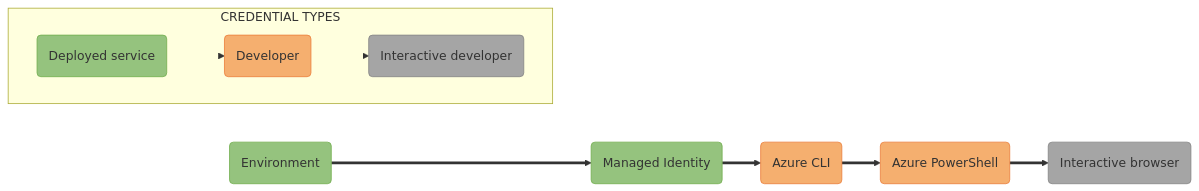
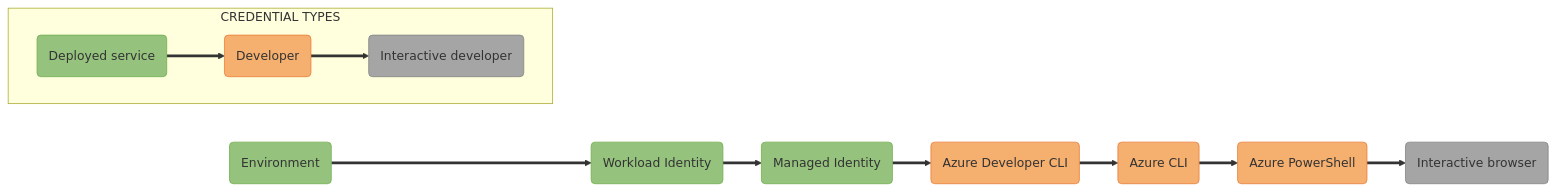
Before and after one commit to Azure/azure-sdk-for-python: the diagram in sdk/identity/azure-identity/images/mermaidjs/DefaultAzureCredentialAuthFlow.md, drawn with Mermaid. The commit also changed 9 other files, not shown here.

Commit message:
Added `WorkloadIdentityCredential`

````diff
--- a/sdk/identity/azure-identity/images/mermaidjs/DefaultAzureCredentialAuthFlow.md
+++ b/sdk/identity/azure-identity/images/mermaidjs/DefaultAzureCredentialAuthFlow.md
@@ -1,30 +1,28 @@
 ```mermaid
 %% STEPS TO GENERATE IMAGE
 %% =======================
 %% 1. Install mermaid CLI (see https://github.com/mermaid-js/mermaid-cli/blob/master/README.md)
 %% 2. Run command: mmdc -i DefaultAzureCredentialAuthFlow.md -o DefaultAzureCredentialAuthFlow.svg
 
 flowchart LR;
-    A(Environment):::deployed ==> B(Managed Identity):::deployed ==> C(Azure CLI):::developer ==> D(Azure PowerShell):::developer ==> E(Interactive browser):::interactive;
+    A(Environment):::deployed ==> B(Workload Identity):::deployed ==> C(Managed Identity):::deployed ==> D(Azure Developer CLI):::developer ==> E(Azure CLI):::developer ==> F(Azure PowerShell):::developer ==> G(Interactive browser):::interactive;
 
     subgraph CREDENTIAL TYPES;
         direction LR;
         Deployed(Deployed service):::deployed ==> Developer(Developer):::developer ==> Interactive(Interactive developer):::interactive;
 
         %% Hide links between boxes in the legend by setting width to 0. The integers after "linkStyle" represent link indices.
-        linkStyle 4 stroke-width:0px;
-        linkStyle 5 stroke-width:0px;
     end;
 
     %% Define styles for credential type boxes
     classDef deployed fill:#95C37E, stroke:#71AD4C;
     classDef developer fill:#F5AF6F, stroke:#EB7C39;
     classDef interactive fill:#A5A5A5, stroke:#828282;
 
     %% Add API ref links to credential type boxes
-    click A "https://docs.microsoft.com/python/api/azure-identity/azure.identity.environmentcredential?view=azure-python" _blank;
-    click B "https://docs.microsoft.com/python/api/azure-identity/azure.identity.managedidentitycredential?view=azure-python" _blank;
-    click C "https://docs.microsoft.com/python/api/azure-identity/azure.identity.azureclicredential?view=azure-python" _blank;
-    click D "https://docs.microsoft.com/python/api/azure-identity/azure.identity.azurepowershellcredential?view=azure-python" _blank;
-    click E "https://docs.microsoft.com/python/api/azure-identity/azure.identity.interactivebrowsercredential?view=azure-python" _blank;
+    click A "https://learn.microsoft.com/python/api/azure-identity/azure.identity.environmentcredential?view=azure-python" _blank;
+    click C "https://learn.microsoft.com/python/api/azure-identity/azure.identity.managedidentitycredential?view=azure-python" _blank;
+    click E "https://learn.microsoft.com/python/api/azure-identity/azure.identity.azureclicredential?view=azure-python" _blank;
+    click F "https://learn.microsoft.com/python/api/azure-identity/azure.identity.azurepowershellcredential?view=azure-python" _blank;
+    click G "https://learn.microsoft.com/python/api/azure-identity/azure.identity.interactivebrowsercredential?view=azure-python" _blank;
 ```
````
